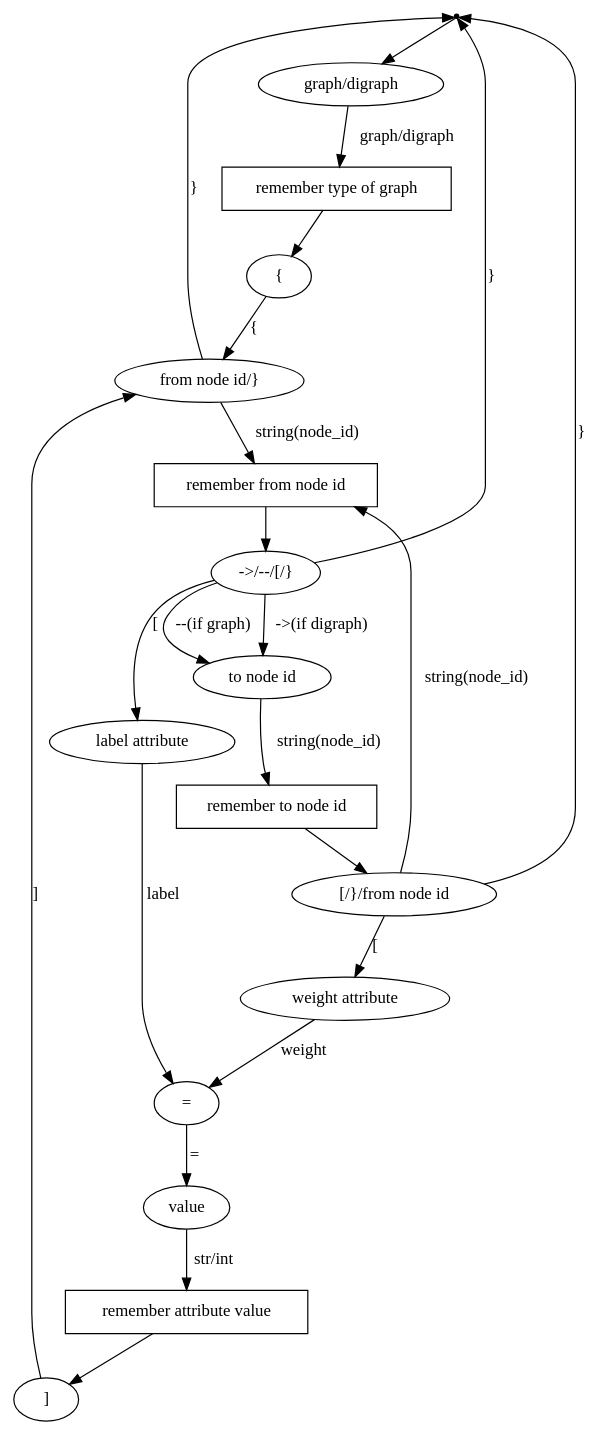
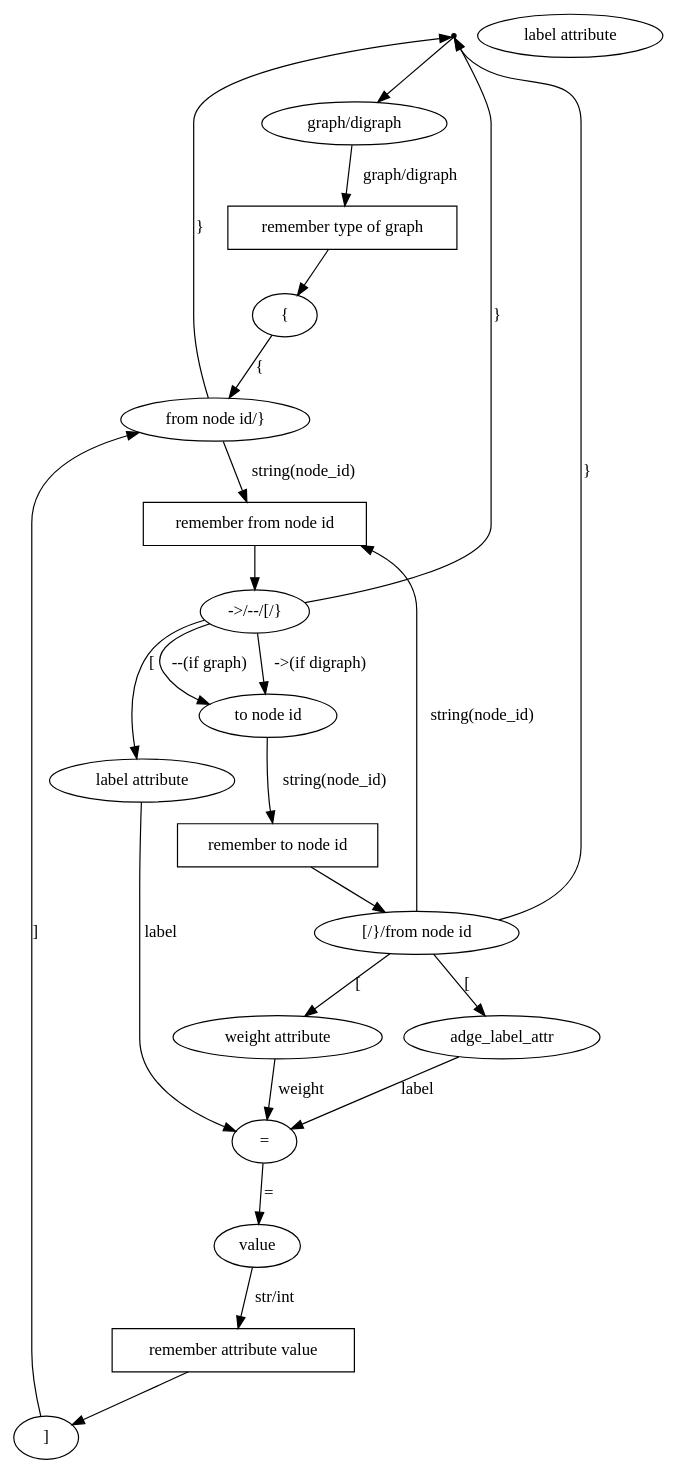
The diagram in data/proposal/lexemes.gv (AshFungor/graph-serializer), drawn with Graphviz before and after one commit.

```diff
--- a/data/proposal/lexemes.gv
+++ b/data/proposal/lexemes.gv
@@ -1,55 +1,58 @@
 digraph {
 	entrypoint [shape = "point"]
 	graph_start [shape = "ellipse" label = "graph/digraph"]
 	entrypoint -> graph_start 
 
 	remember_graph_type [shape = "box" label = "remember type of graph"]
 	graph_start -> remember_graph_type [label="graph/digraph"]
 
 	open_curly_bracket [shape = "ellipse" label = "{"]
 	remember_graph_type -> open_curly_bracket
 
 	from_node_id_or_close_curly_bracket [shape = "ellipse" label = "from node id/}"]
 	from_node_id_or_close_curly_bracket -> entrypoint [label = "}"]
 	open_curly_bracket -> from_node_id_or_close_curly_bracket [label="{"]
 
 	remember_from_node_id [shape="box" label="remember from node id"]
 	from_node_id_or_close_curly_bracket -> remember_from_node_id [label="string(node_id)"]
 	remember_from_node_id -> after_from_node_id
 
 	after_from_node_id [shape = "ellipse" label = "->/--/[/}"]
 	to_node_id [shape = "ellipse" label = "to node id"]
 	after_from_node_id -> to_node_id [label="->(if digraph)"]
 	after_from_node_id -> to_node_id [label="--(if graph)"]
 	after_from_node_id -> entrypoint [label = "}"]
 
 	label_attr [shape = "ellipse" label = "label attribute"]
 	after_from_node_id -> label_attr [label="["] 
 
 	equal [shape = "ellipse" label = "="]
 	label_attr -> equal [label="label"]
 
 	remember_to_node_id [shape="box" label="remember to node id"]
 	to_node_id -> remember_to_node_id [label="string(node_id)"]
 
 	after_to_node_id [label="[/}/from node id"]
 	remember_to_node_id -> after_to_node_id
 
 	after_to_node_id -> entrypoint [label = "}"]
 	after_to_node_id -> remember_from_node_id [label = "string(node_id)"]
 
 	weight_attr [shape = "ellipse" label = "weight attribute"]
-	after_to_node_id -> weight_attr [label="["] 
+	edge_label_attr [shape = "ellipse" label = "label attribute"]
+	after_to_node_id -> weight_attr [label="["]
+	after_to_node_id -> adge_label_attr [label="["]
 
 	weight_attr -> equal [label="weight"]
+	adge_label_attr -> equal [label="label"]
 
 	attr_value [shape = "ellipse" label = "value"]
 	equal -> attr_value [label="="]
 
 	remember_attr_value [shape="box" label="remember attribute value"]
 	attr_value -> remember_attr_value [label="str/int"] 
 
 	close_square_bracket [label = "]"]
 	remember_attr_value -> close_square_bracket
 	close_square_bracket -> from_node_id_or_close_curly_bracket [label="]"]
 }
```
